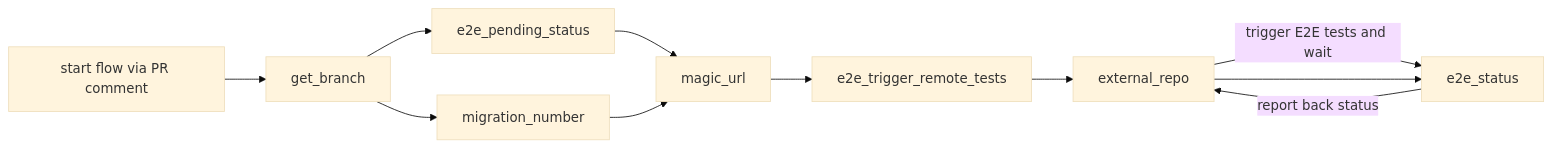
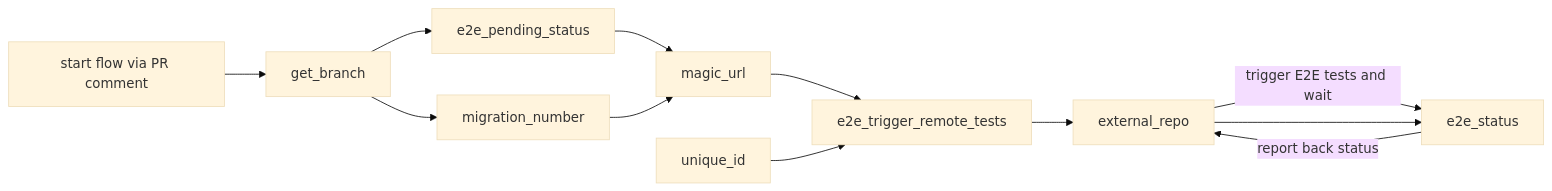
The diagram in .github/workflows/docs/frontend/frontend_runtime_utility_manual_e2e_trigger.md (JupiterOne/.github), drawn with Mermaid (base theme) before and after one commit. The commit also changed 4 other files, not shown here.

````diff
--- a/.github/workflows/docs/frontend/frontend_runtime_utility_manual_e2e_trigger.md
+++ b/.github/workflows/docs/frontend/frontend_runtime_utility_manual_e2e_trigger.md
@@ -75,14 +75,16 @@
 ```mermaid
 graph LR;
     A[start flow via PR comment];
     B[get_branch];
     C[e2e_pending_status];
     D[migration_number];
     E[magic_url];
-    F[e2e_trigger_remote_tests];
-    G[external_repo];
-    H[e2e_status];
+    F[unique_id];
+    G[e2e_trigger_remote_tests];
+    H[external_repo];
+    I[e2e_status];
 
-    A --> B --> C --> E --> F --> G -->|trigger E2E tests and wait| H -->|report back status| G --> H;
+    A --> B --> C --> E --> G --> H -->|trigger E2E tests and wait| I -->|report back status| H --> I;
     B --> D --> E;
+    F --> G;
 ```
````
